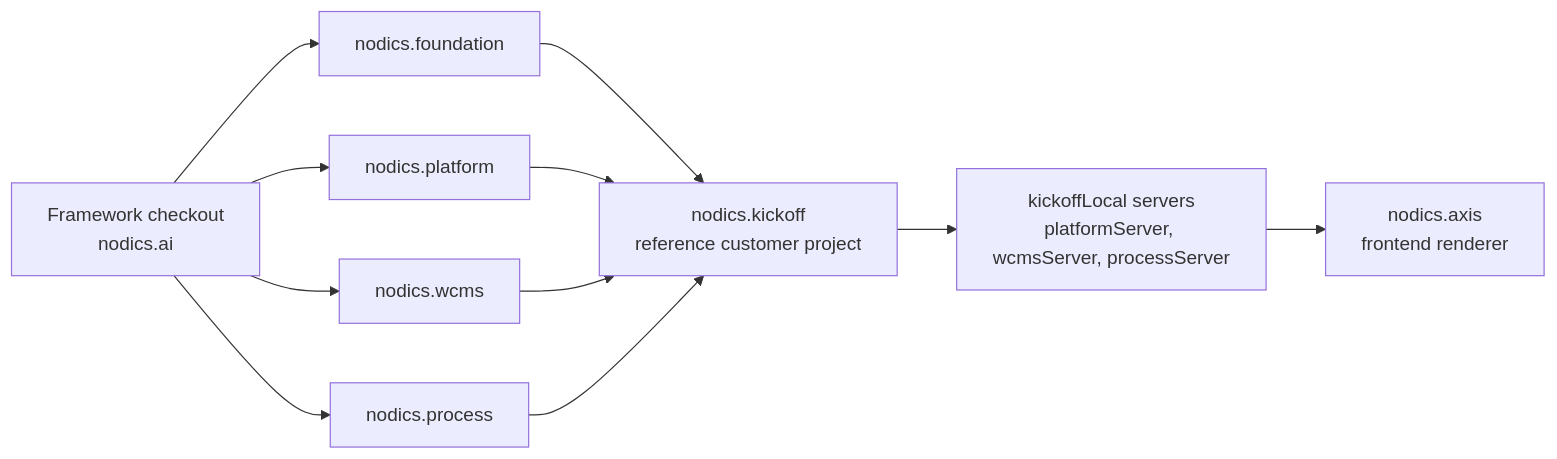
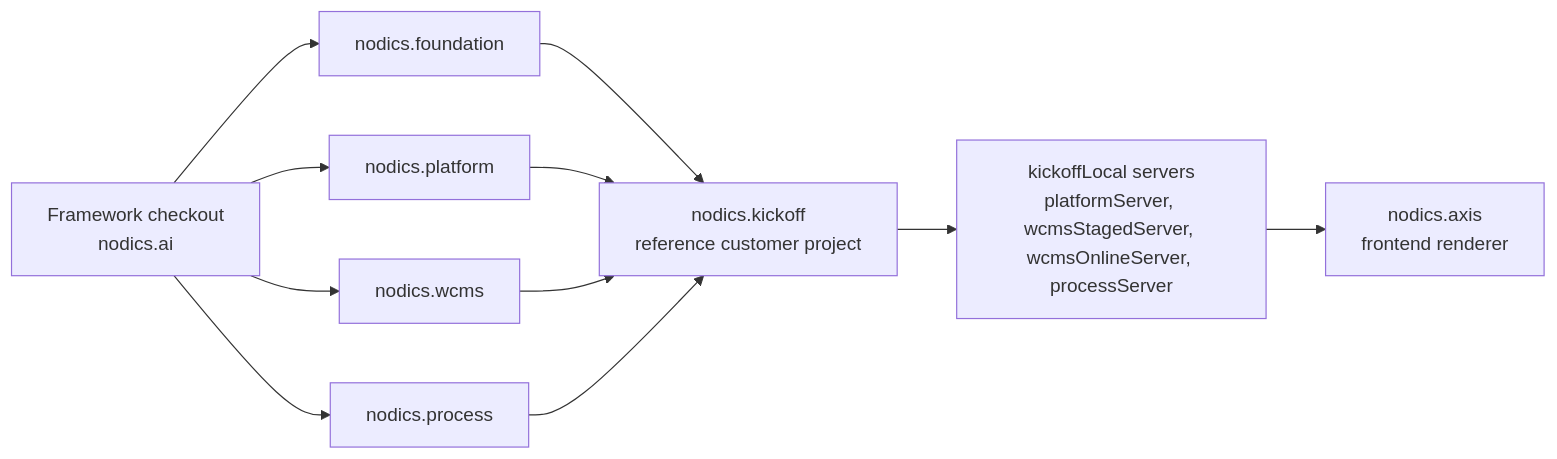
The second of 3 diagrams in docs/pages/project-overview.md (Nodics/nodics.kickoff), drawn with Mermaid before and after one commit. The commit also changed other lines of this file and 40 other files, not shown here.

````diff
--- a/docs/pages/project-overview.md
+++ b/docs/pages/project-overview.md
@@ -144,13 +147,13 @@
 ```mermaid
 flowchart LR
   FrameworkRoot["Framework checkout<br/>nodics.ai"] --> Core["nodics.foundation"]
   FrameworkRoot --> Platform["nodics.platform"]
   FrameworkRoot --> WCMS["nodics.wcms"]
   FrameworkRoot --> Cron["nodics.process"]
   Core --> Project["nodics.kickoff<br/>reference customer project"]
   Platform --> Project
   WCMS --> Project
   Cron --> Project
-  Project --> Servers["kickoffLocal servers<br/>platformServer, wcmsServer, processServer"]
+  Project --> Servers["kickoffLocal servers<br/>platformServer, wcmsStagedServer, wcmsOnlineServer, processServer"]
   Servers --> Axis["nodics.axis<br/>frontend renderer"]
 ```
````
